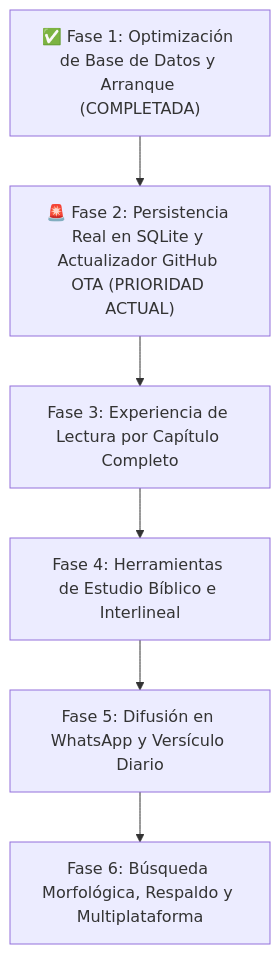
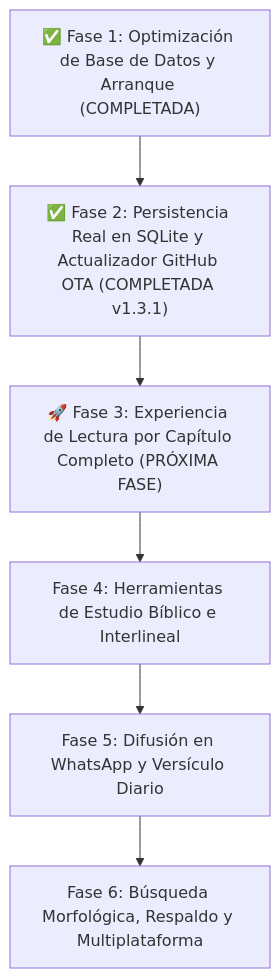
One commit to NetOpsSolutions/Berea_Interlineal changed the first of 4 diagrams in Archivos_md/PLAN_IMPLEMENTACION.md. Above: the diagram before and after it, drawn with Mermaid. The commit also changed 3 other files, not shown here.

Commit message:
docs: Update README and project roadmaps to reflect v1.3.1 SQLite persistence & OTA release

````diff
--- a/Archivos_md/PLAN_IMPLEMENTACION.md
+++ b/Archivos_md/PLAN_IMPLEMENTACION.md
@@ -9,8 +9,8 @@
 ```mermaid
 flowchart TD
-    Fase1["✅ Fase 1: Optimización de Base de Datos y Arranque (COMPLETADA)"] --> Fase2["🚨 Fase 2: Persistencia Real en SQLite y Actualizador GitHub OTA (PRIORIDAD ACTUAL)"]
-    Fase2 --> Fase3["Fase 3: Experiencia de Lectura por Capítulo Completo"]
+    Fase1["✅ Fase 1: Optimización de Base de Datos y Arranque (COMPLETADA)"] --> Fase2["✅ Fase 2: Persistencia Real en SQLite y Actualizador GitHub OTA (COMPLETADA v1.3.1)"]
+    Fase2 --> Fase3["🚀 Fase 3: Experiencia de Lectura por Capítulo Completo (PRÓXIMA FASE)"]
     Fase3 --> Fase4["Fase 4: Herramientas de Estudio Bíblico e Interlineal"]
     Fase4 --> Fase5["Fase 5: Difusión en WhatsApp y Versículo Diario"]
     Fase5 --> Fase6["Fase 6: Búsqueda Morfológica, Respaldo y Multiplataforma"]
 ```
````
